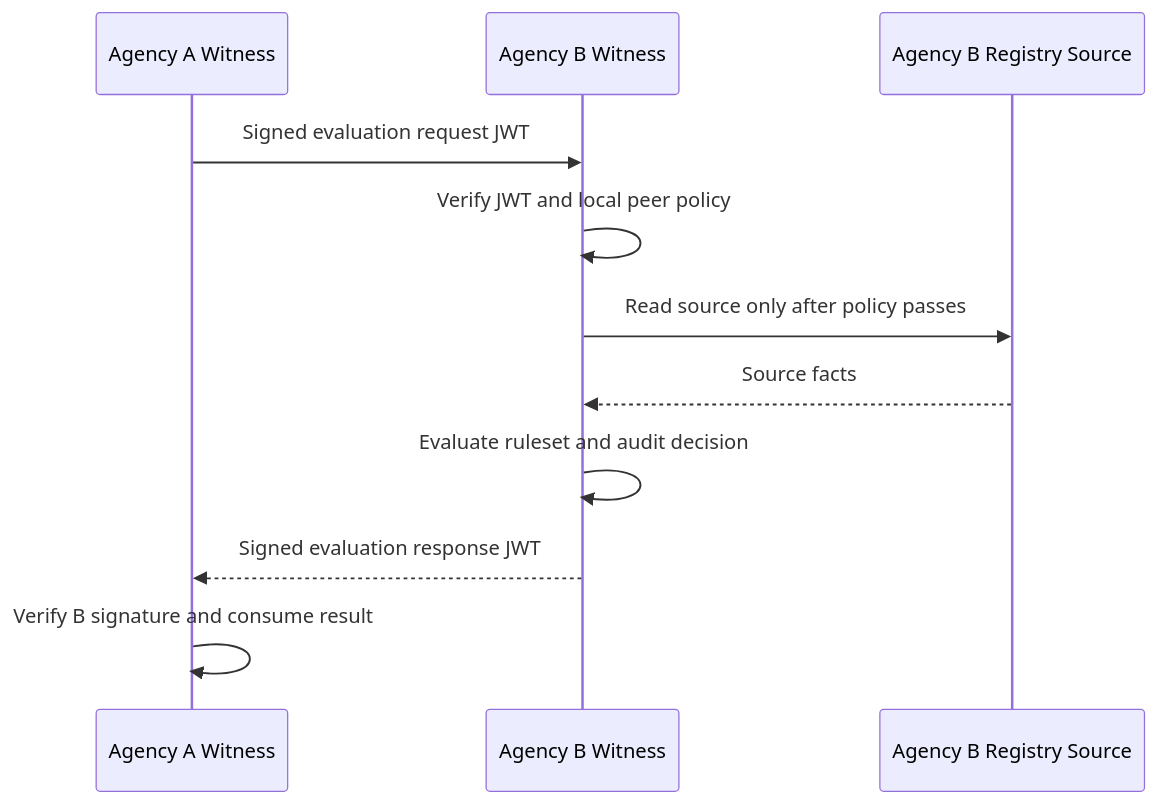
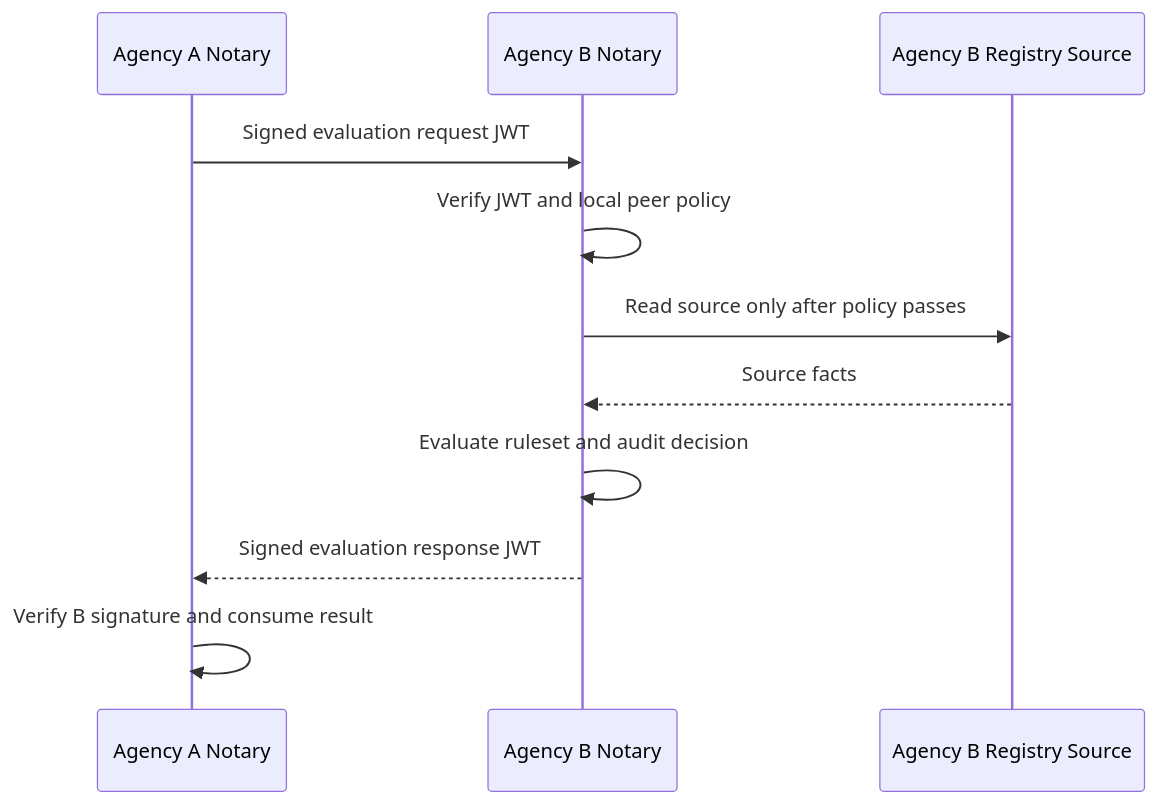
Before and after one commit to registrystack/registry-stack: the first of 5 diagrams in imports/registry-notary/docs/federated-evaluation-mvp-spec.md, drawn with Mermaid. The commit also changed other lines of this file and 161 other files, not shown here.

Commit message:
Rename Registry Witness to Registry Notary (#40)

````diff
--- a/imports/registry-notary/docs/federated-evaluation-mvp-spec.md
+++ b/imports/registry-notary/docs/federated-evaluation-mvp-spec.md
@@ -19,14 +19,14 @@
 ```mermaid
 sequenceDiagram
-  participant A as Agency A Witness
-  participant B as Agency B Witness
+  participant A as Agency A Notary
+  participant B as Agency B Notary
   participant S as Agency B Registry Source
 
   A->>B: Signed evaluation request JWT
   B->>B: Verify JWT and local peer policy
   B->>S: Read source only after policy passes
   S-->>B: Source facts
   B->>B: Evaluate ruleset and audit decision
   B-->>A: Signed evaluation response JWT
   A->>A: Verify B signature and consume result
 ```
````
